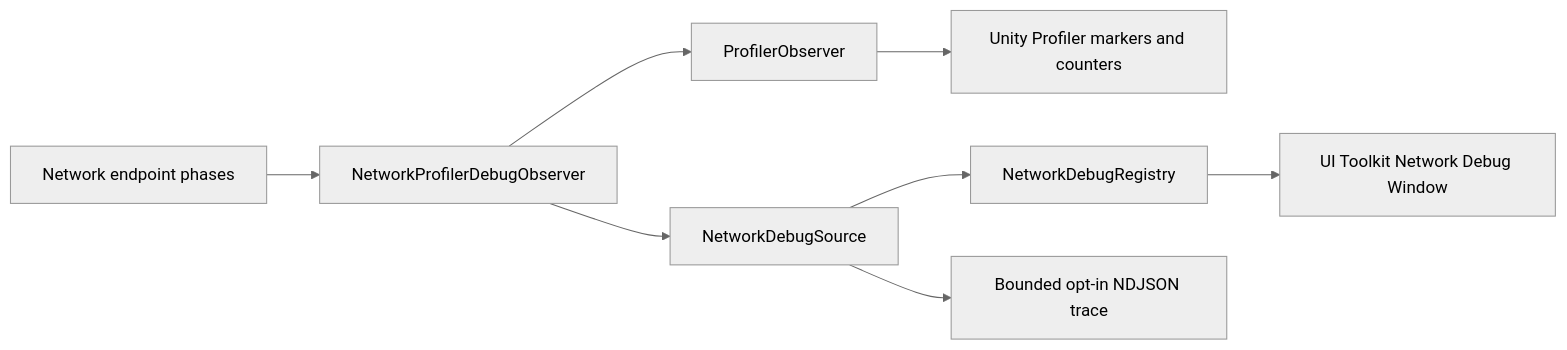
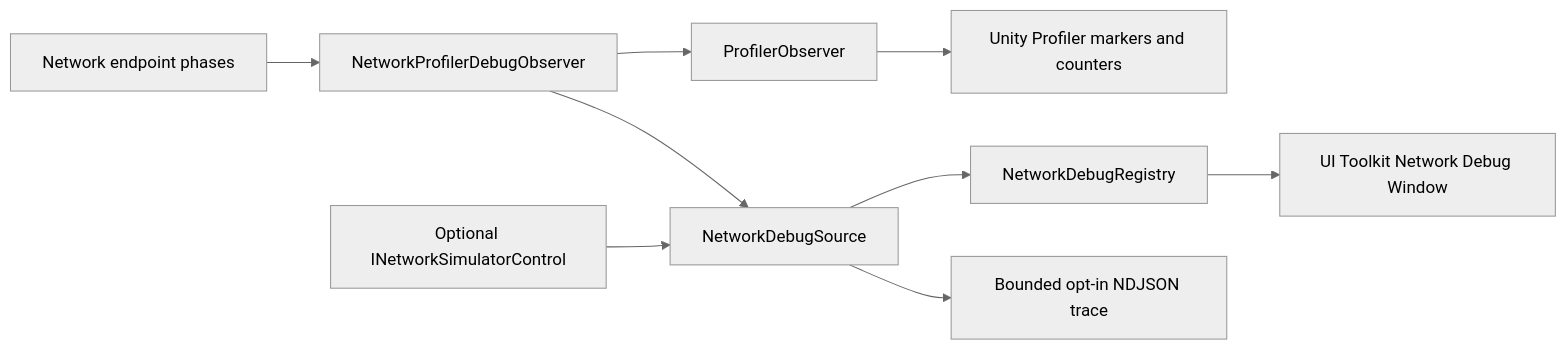
The diagram in README.md (UnioGame/unigame.staticecs.network.profiler), drawn with Mermaid (neutral theme) before and after one commit. The commit also changed other lines of this file and 7 other files, not shown here.

````diff
--- a/README.md
+++ b/README.md
@@ -39,10 +41,11 @@
 ```mermaid
 flowchart LR
     E["Network endpoint phases"] --> C["NetworkProfilerDebugObserver"]
     C --> P["ProfilerObserver"]
     P --> U["Unity Profiler markers and counters"]
     C --> D["NetworkDebugSource"]
     D --> R["NetworkDebugRegistry"]
     R --> W["UI Toolkit Network Debug Window"]
+    S["Optional INetworkSimulatorControl"] --> D
     D --> N["Bounded opt-in NDJSON trace"]
 ```
````
